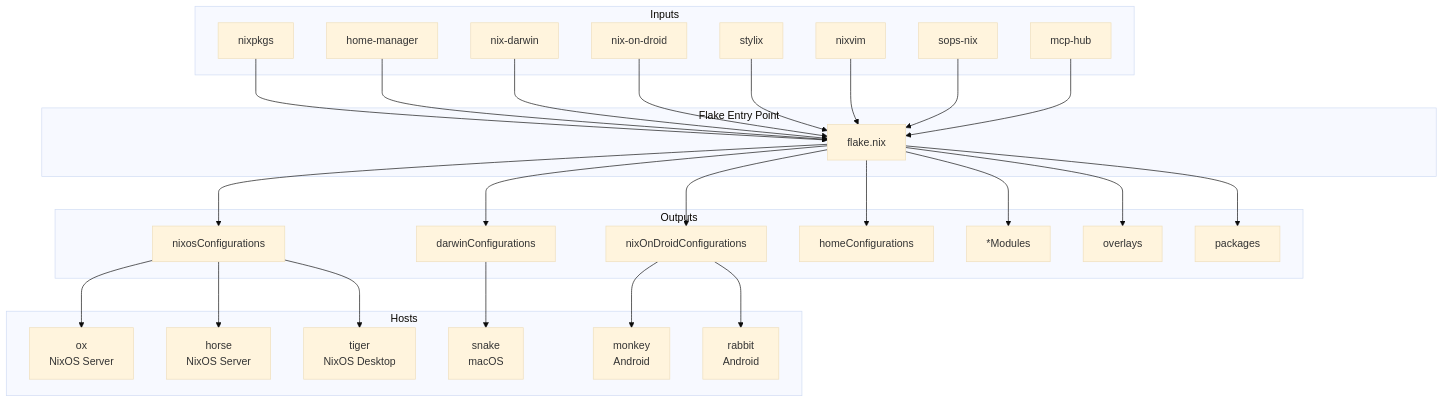
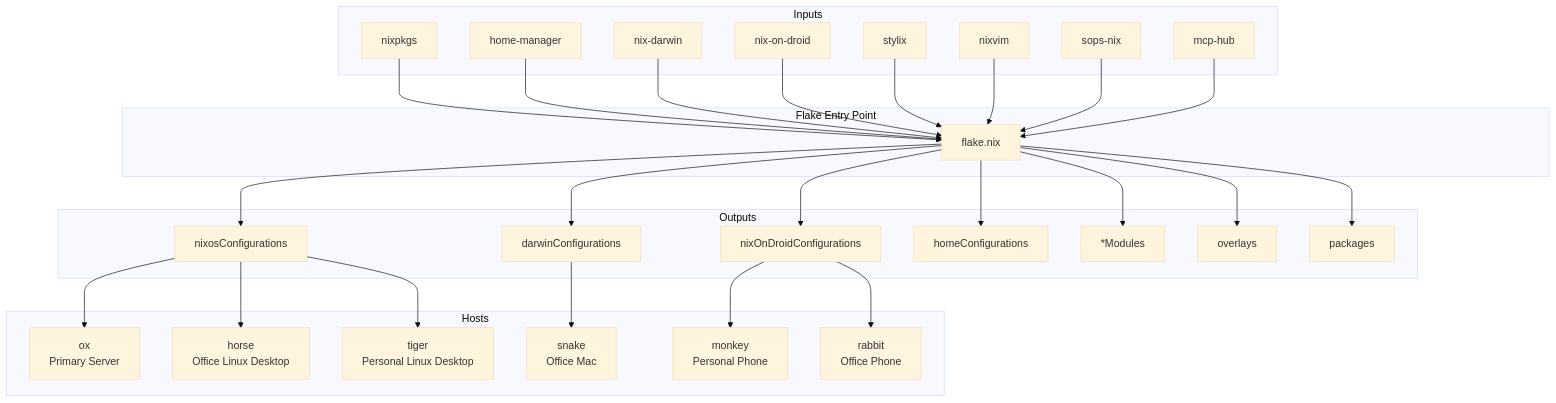
Before and after one commit to idjoo/dotfiles: the first of 15 diagrams in docs/ARCHITECTURE.md, drawn with Mermaid (base theme). The commit also changed 1 other file, not shown here.

Commit message:
docs: clarify host descriptions for personal vs office devices
Update host matrix to accurately reflect device roles:
- horse: office Linux desktop (not secondary server)
- tiger: personal Linux desktop
- snake: office Mac
- monkey: personal Android phone
- rabbit: office Android phone

This better reflects the actual use cases and organizational
structure of the dotfiles across personal and work environments.

````diff
--- a/docs/ARCHITECTURE.md
+++ b/docs/ARCHITECTURE.md
@@ -21,60 +21,60 @@
 ```mermaid
 graph TB
     subgraph "Flake Entry Point"
         F[flake.nix]
     end
 
     subgraph "Inputs"
         NP[nixpkgs]
         HM[home-manager]
         ND[nix-darwin]
         NOD[nix-on-droid]
         ST[stylix]
         NV[nixvim]
         SOPS[sops-nix]
         MCP[mcp-hub]
     end
 
     subgraph "Outputs"
         NC[nixosConfigurations]
         DC[darwinConfigurations]
         NDC[nixOnDroidConfigurations]
         HC[homeConfigurations]
         MOD[*Modules]
         OV[overlays]
         PKG[packages]
     end
 
     subgraph "Hosts"
-        OX[ox<br/>NixOS Server]
-        HORSE[horse<br/>NixOS Server]
-        TIGER[tiger<br/>NixOS Desktop]
-        SNAKE[snake<br/>macOS]
-        MONKEY[monkey<br/>Android]
-        RABBIT[rabbit<br/>Android]
+        OX[ox<br/>Primary Server]
+        HORSE[horse<br/>Office Linux Desktop]
+        TIGER[tiger<br/>Personal Linux Desktop]
+        SNAKE[snake<br/>Office Mac]
+        MONKEY[monkey<br/>Personal Phone]
+        RABBIT[rabbit<br/>Office Phone]
     end
 
     NP --> F
     HM --> F
     ND --> F
     NOD --> F
     ST --> F
     NV --> F
     SOPS --> F
     MCP --> F
 
     F --> NC
     F --> DC
     F --> NDC
     F --> HC
     F --> MOD
     F --> OV
     F --> PKG
 
     NC --> OX
     NC --> HORSE
     NC --> TIGER
     DC --> SNAKE
     NDC --> MONKEY
     NDC --> RABBIT
 ```
````
